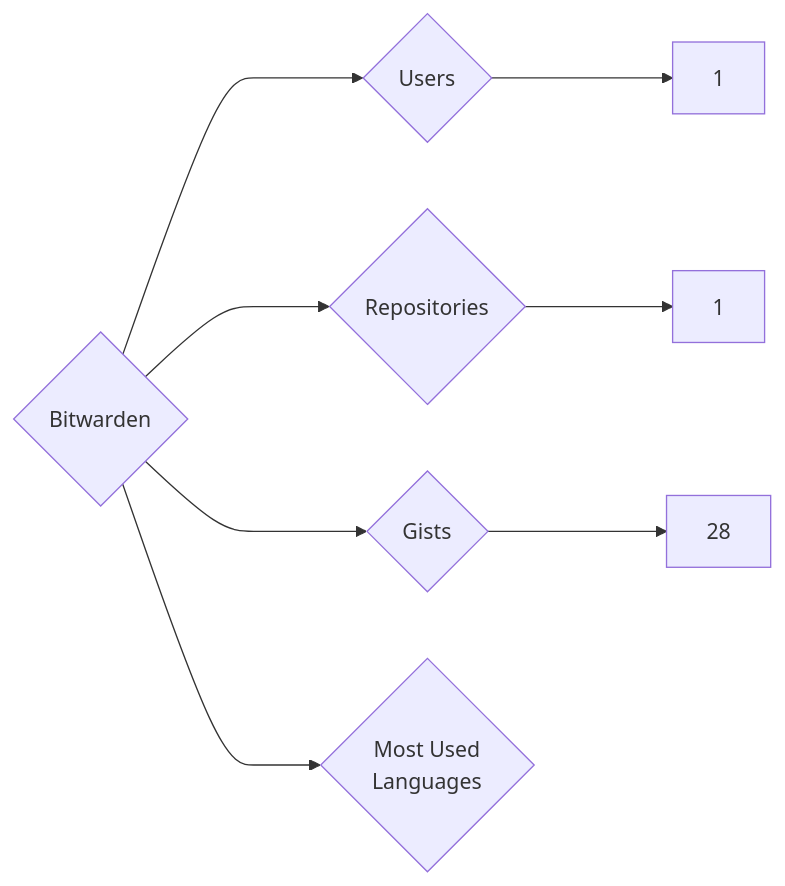
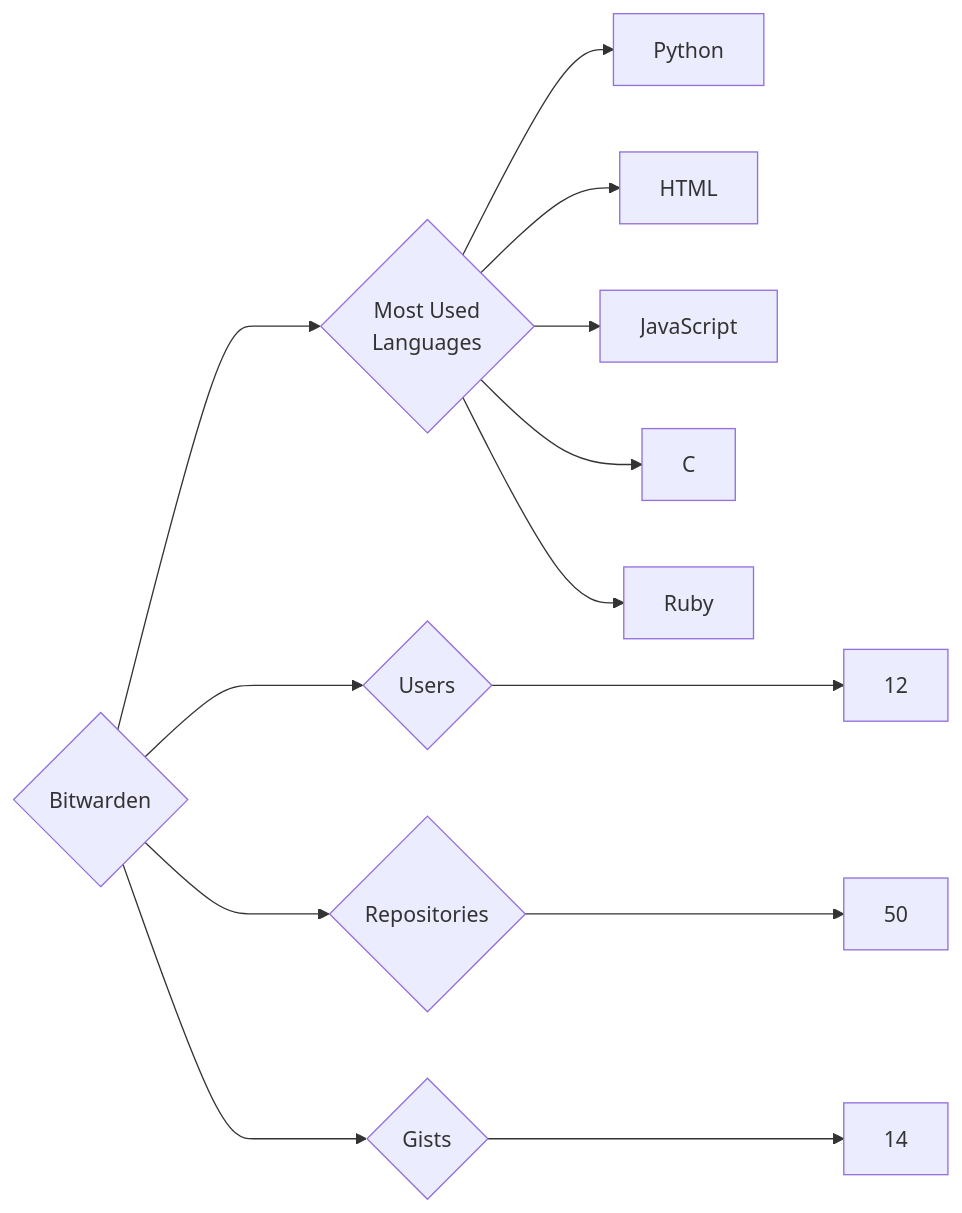
Before and after one commit to trickest/insiders: the diagram in targets/Bitwarden/README.md, drawn with Mermaid. The commit also changed 1078 other files, not shown here.

````diff
--- a/targets/Bitwarden/README.md
+++ b/targets/Bitwarden/README.md
@@ -3,8 +3,13 @@
 ```mermaid
 graph LR
 COMPANY_NAME{Bitwarden}
-COMPANY_NAME ---> U{Users} ---> UN[1]
-COMPANY_NAME ---> R{Repositories} ---> RN[1]
-COMPANY_NAME ---> G{Gists} ---> GN[28]
+COMPANY_NAME ---> U{Users} ---> UN[12]
+COMPANY_NAME ---> R{Repositories} ---> RN[50]
+COMPANY_NAME ---> G{Gists} ---> GN[14]
 COMPANY_NAME ---> ML{Most Used<br>Languages}
+ML --> Python[Python]
+ML --> HTML[HTML]
+ML --> JavaScript[JavaScript]
+ML --> C[C]
+ML --> Ruby[Ruby]
 ```
````
